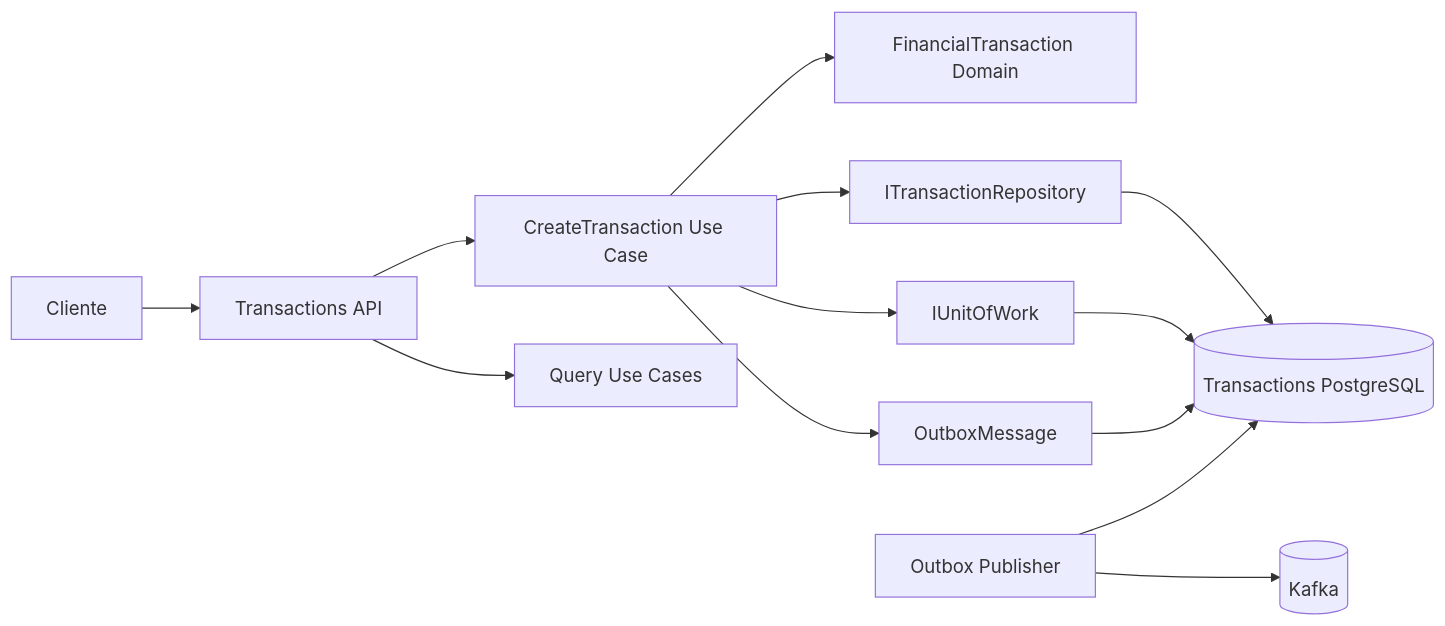
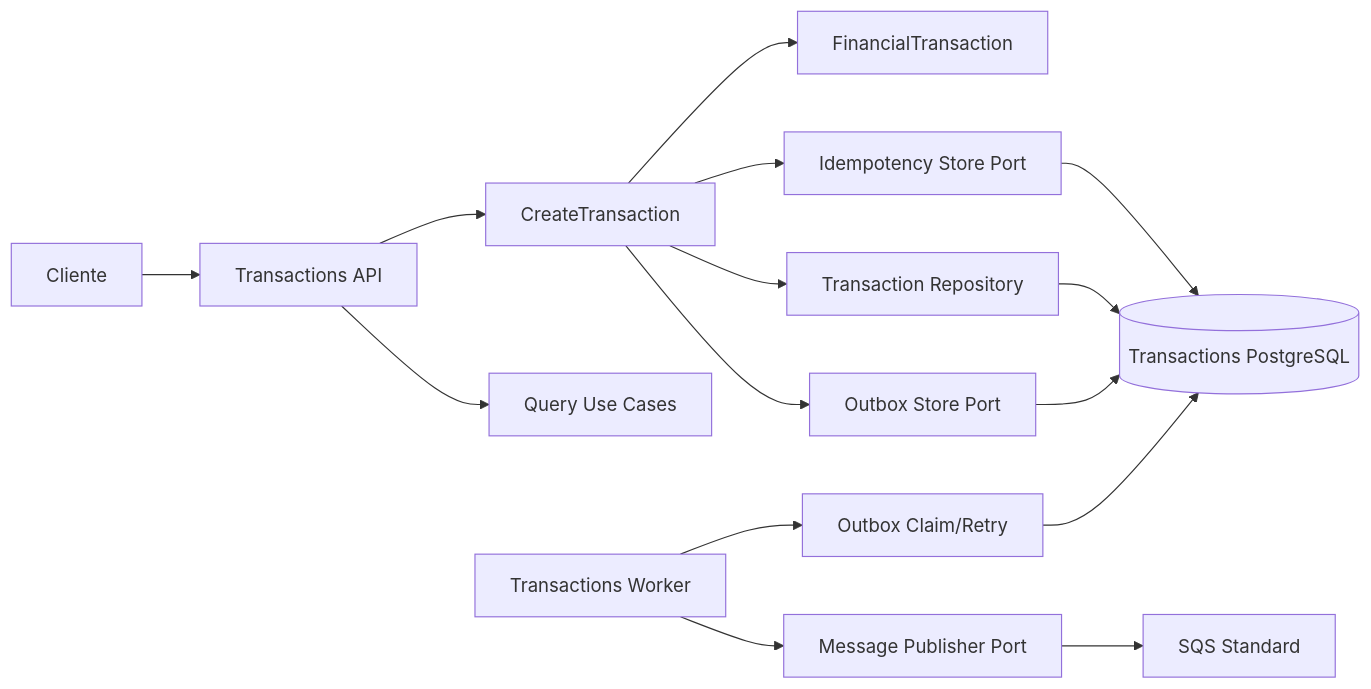
Before and after one commit to ThiagoFerraciolli/cash-flow-architecture: the first of 2 diagrams in docs/05-arquitetura-software/C4-Component.md, drawn with Mermaid. The commit also changed other lines of this file, not shown here.

Commit message:
docs: alinha component view a workers e SQS

````diff
--- a/docs/05-arquitetura-software/C4-Component.md
+++ b/docs/05-arquitetura-software/C4-Component.md
@@ -5,15 +9,17 @@
 ```mermaid
 flowchart LR
   Client[Cliente] --> API[Transactions API]
-  API --> Create[CreateTransaction Use Case]
+  API --> Create[CreateTransaction]
   API --> Query[Query Use Cases]
-  Create --> Domain[FinancialTransaction Domain]
-  Create --> Repo[ITransactionRepository]
-  Create --> Uow[IUnitOfWork]
-  Repo --> Db[(Transactions PostgreSQL)]
-  Uow --> Db
-  Create --> Outbox[OutboxMessage]
+  Create --> Domain[FinancialTransaction]
+  Create --> Idem[Idempotency Store Port]
+  Create --> Repo[Transaction Repository]
+  Create --> Outbox[Outbox Store Port]
+  Idem --> Db[(Transactions PostgreSQL)]
+  Repo --> Db
   Outbox --> Db
-  Publisher[Outbox Publisher] --> Db
-  Publisher --> Kafka[(Kafka)]
+  Worker[Transactions Worker] --> Claim[Outbox Claim/Retry]
+  Claim --> Db
+  Worker --> Pub[Message Publisher Port]
+  Pub --> Q[SQS Standard]
 ```
````
